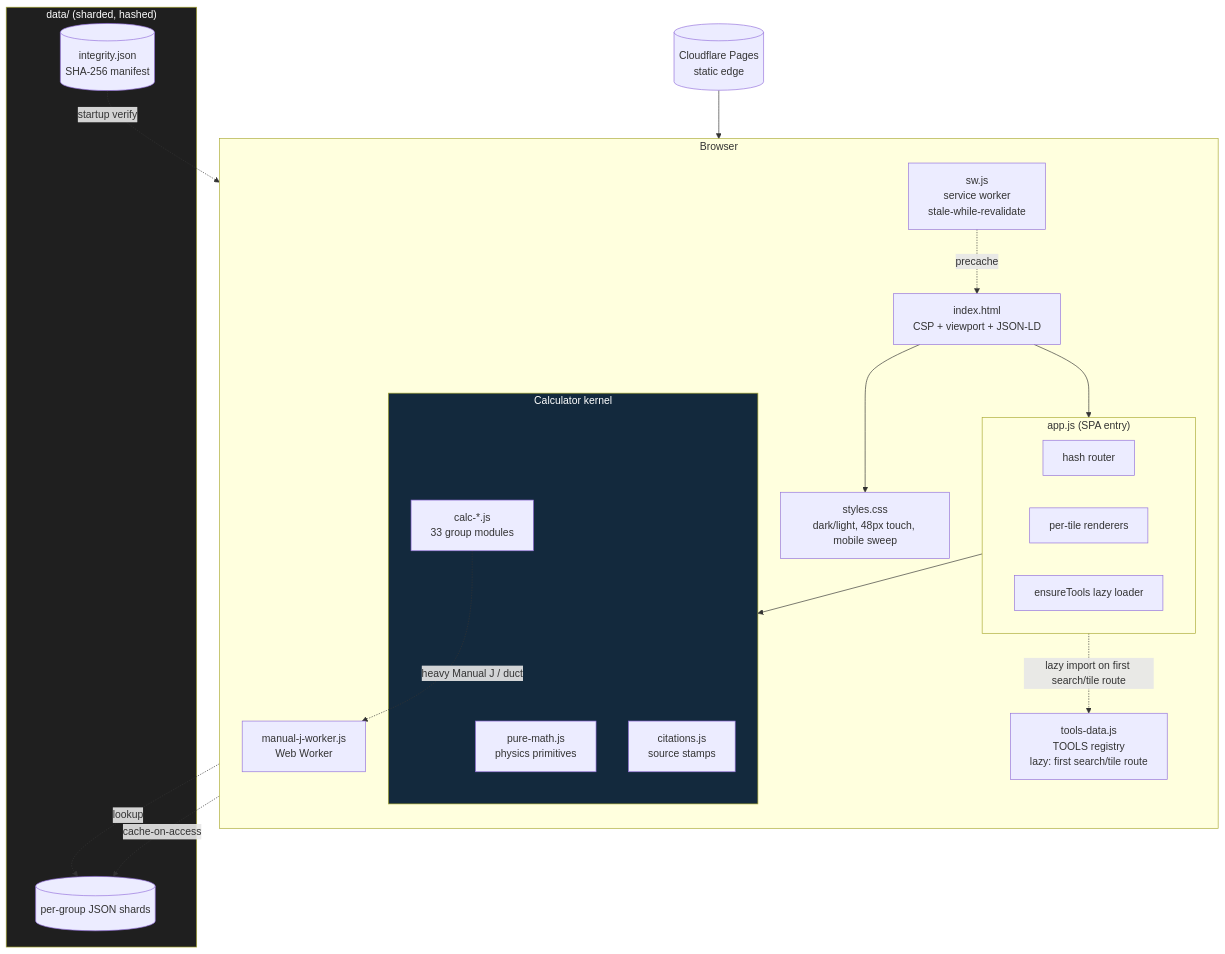
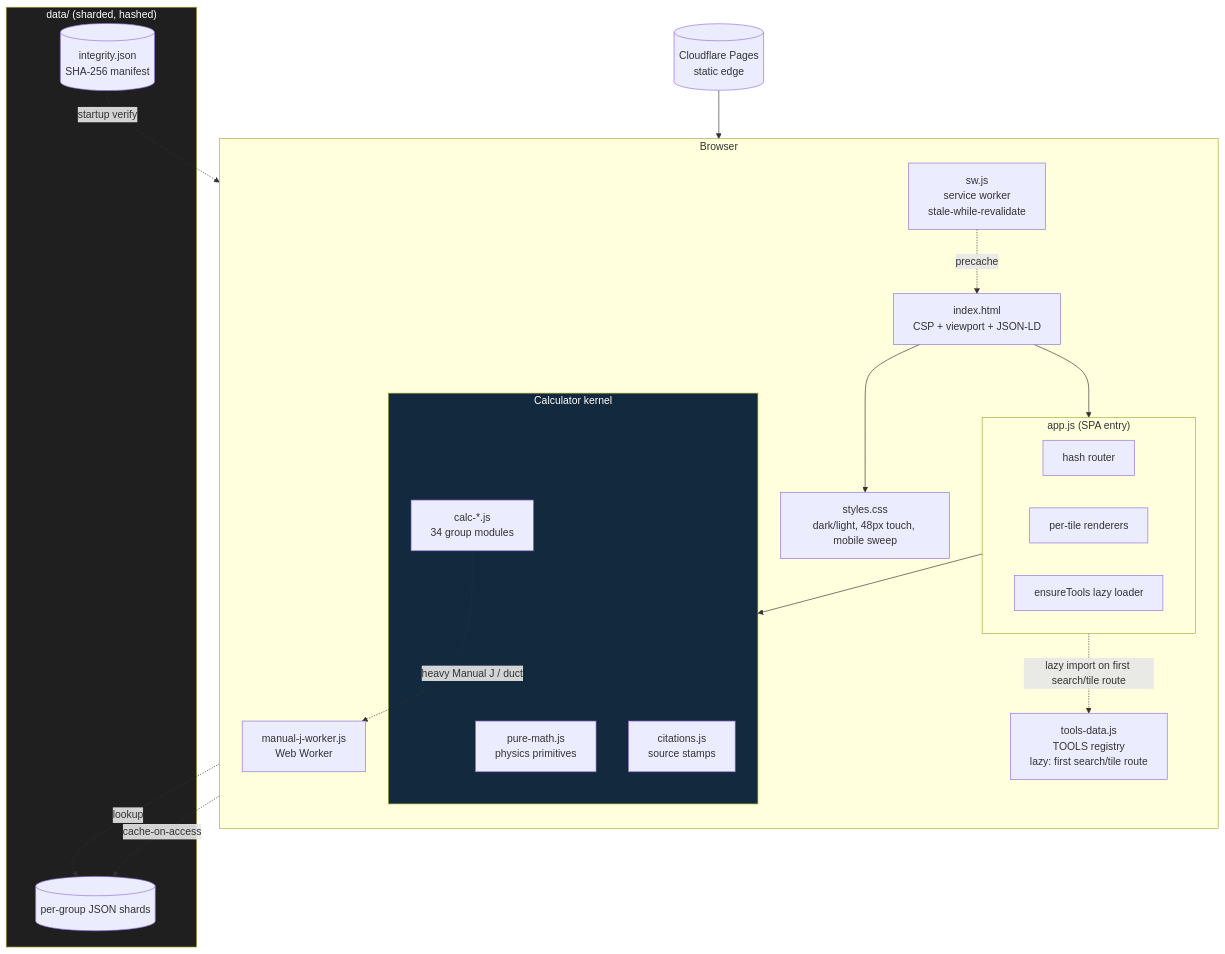
Before and after one commit to clay-good/roughlogic.com: the second of 8 diagrams in README.md, drawn with Mermaid. The commit also changed other lines of this file and 19 other files, not shown here.

````diff
--- a/README.md
+++ b/README.md
@@ -77,39 +77,39 @@
 ```mermaid
 flowchart TB
     subgraph Browser
         direction TB
         HTML[index.html\nCSP + viewport + JSON-LD]
         CSS[styles.css\ndark/light, 48px touch, mobile sweep]
         subgraph App["app.js (SPA entry)"]
             ROUTE[hash router]
             RENDER[per-tile renderers]
             ENSURE[ensureTools lazy loader]
         end
         TOOLS[tools-data.js\nTOOLS registry\nlazy: first search/tile route]
         subgraph Calc["Calculator kernel"]
             PM[pure-math.js\nphysics primitives]
-            CALC[calc-*.js\n33 group modules]
+            CALC[calc-*.js\n34 group modules]
             CIT[citations.js\nsource stamps]
         end
         SW[sw.js\nservice worker\nstale-while-revalidate]
         WORKER[manual-j-worker.js\nWeb Worker]
     end
     subgraph Data["data/ (sharded, hashed)"]
         SHARDS[(per-group JSON shards)]
         INTEG[(integrity.json\nSHA-256 manifest)]
     end
     CDN[(Cloudflare Pages\nstatic edge)]
 
     CDN --> HTML
     HTML --> CSS
     HTML --> App
     App -.lazy import on first search/tile route.-> TOOLS
     App --> Calc
     CALC -.->|heavy Manual J / duct| WORKER
     CALC -.->|lookup| SHARDS
     SW -.precache.-> HTML
     SW -.cache-on-access.-> SHARDS
     INTEG -.startup verify.-> App
     style Calc fill:#13293d,color:#fff
     style Data fill:#1f1f1f,color:#fff
 ```
````
